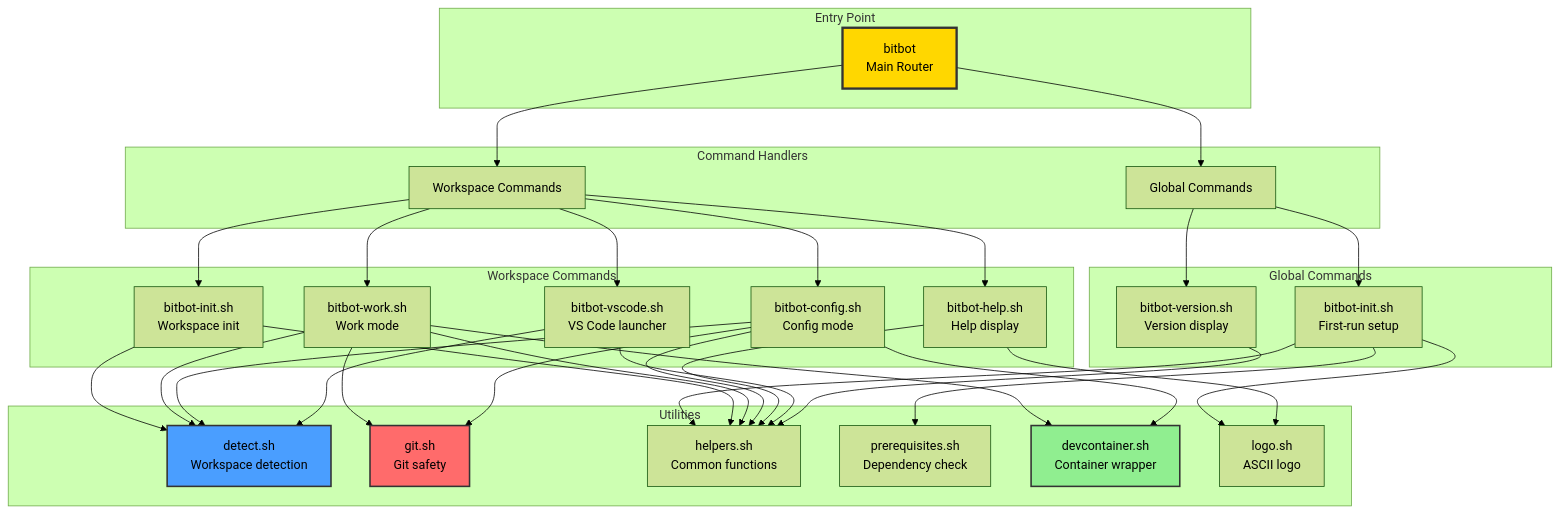
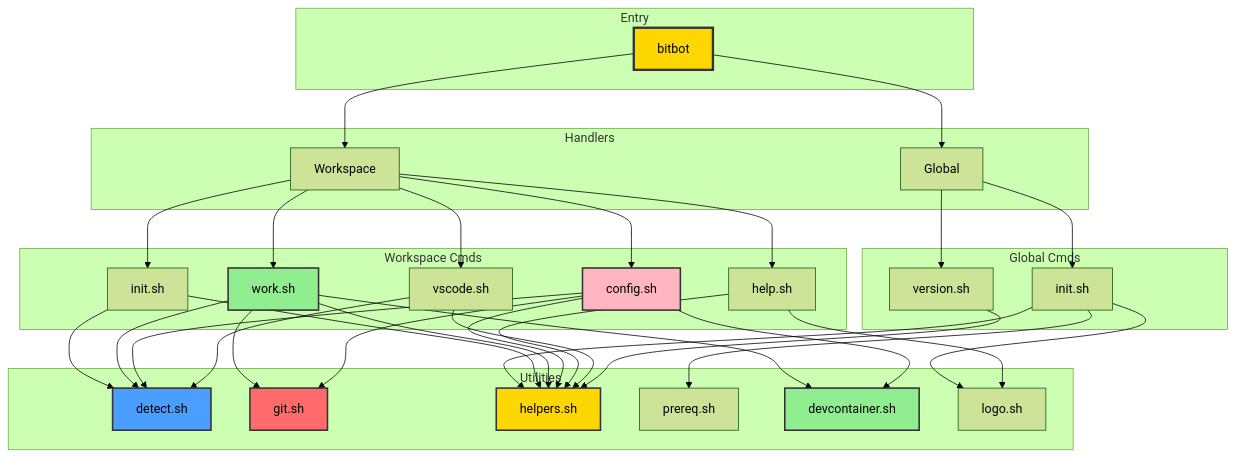
Before and after one commit to ManuelKugelmann/BitBot: the first of 6 diagrams in sparc/3-architecture/diagrams/06-component-interaction.md, drawn with Mermaid (forest theme). The commit also changed other lines of this file and 5 other files, not shown here.

First line of the commit message:
Remove Docker from config mode in architecture diagrams

````diff
--- a/sparc/3-architecture/diagrams/06-component-interaction.md
+++ b/sparc/3-architecture/diagrams/06-component-interaction.md
@@ -5,75 +5,78 @@
 ```mermaid
 graph TB
-    subgraph "Entry Point"
-        BITBOT[bitbot<br/>Main Router]
+    subgraph ENTRY["Entry"]
+        BITBOT[bitbot]
     end
 
-    subgraph "Command Handlers"
-        GLOBAL[Global Commands]
-        WORKSPACE[Workspace Commands]
+    subgraph HAND["Handlers"]
+        GLOBAL[Global]
+        WORKSPACE[Workspace]
     end
 
-    subgraph "Global Commands"
-        GINIT[bitbot-init.sh<br/>First-run setup]
-        VERSION[bitbot-version.sh<br/>Version display]
+    subgraph GCMD["Global Cmds"]
+        GINIT[init.sh]
+        VERSION[version.sh]
     end
 
-    subgraph "Workspace Commands"
-        WINIT[bitbot-init.sh<br/>Workspace init]
-        WWORK[bitbot-work.sh<br/>Work mode]
-        WCONFIG[bitbot-config.sh<br/>Config mode]
-        WHELP[bitbot-help.sh<br/>Help display]
-        WVSCODE[bitbot-vscode.sh<br/>VS Code launcher]
+    subgraph WCMD["Workspace Cmds"]
+        WINIT[init.sh]
+        WWORK[work.sh]
+        WCONFIG[config.sh]
+        WHELP[help.sh]
+        WVSCODE[vscode.sh]
     end
 
-    subgraph "Utilities"
-        DETECT[detect.sh<br/>Workspace detection]
-        GIT[git.sh<br/>Git safety]
-        HELPERS[helpers.sh<br/>Common functions]
-        PREREQ[prerequisites.sh<br/>Dependency check]
-        DEVCON[devcontainer.sh<br/>Container wrapper]
-        LOGO[logo.sh<br/>ASCII logo]
+    subgraph UTIL["Utilities"]
+        DETECT[detect.sh]
+        GIT[git.sh]
+        HELPERS[helpers.sh]
+        PREREQ[prereq.sh]
+        DEVCON[devcontainer.sh]
+        LOGO[logo.sh]
     end
 
     BITBOT --> GLOBAL
     BITBOT --> WORKSPACE
 
     GLOBAL --> GINIT
     GLOBAL --> VERSION
 
     WORKSPACE --> WINIT
     WORKSPACE --> WWORK
     WORKSPACE --> WCONFIG
     WORKSPACE --> WHELP
     WORKSPACE --> WVSCODE
 
     GINIT --> PREREQ
     GINIT --> HELPERS
     GINIT --> LOGO
 
     WINIT --> DETECT
     WINIT --> HELPERS
 
     WWORK --> DETECT
     WWORK --> GIT
     WWORK --> DEVCON
     WWORK --> HELPERS
 
     WCONFIG --> DETECT
     WCONFIG --> GIT
     WCONFIG --> DEVCON
     WCONFIG --> HELPERS
 
     WHELP --> LOGO
     WHELP --> HELPERS
 
     WVSCODE --> DETECT
     WVSCODE --> HELPERS
 
     VERSION --> HELPERS
 
     style BITBOT fill:#ffd700,stroke:#333,stroke-width:3px
+    style WWORK fill:#90ee90,stroke:#333,stroke-width:2px
+    style WCONFIG fill:#ffb6c1,stroke:#333,stroke-width:2px
     style DETECT fill:#4a9eff,stroke:#333,stroke-width:2px
     style GIT fill:#ff6b6b,stroke:#333,stroke-width:2px
     style DEVCON fill:#90ee90,stroke:#333,stroke-width:2px
+    style HELPERS fill:#ffd700,stroke:#333,stroke-width:2px
 ```
````
